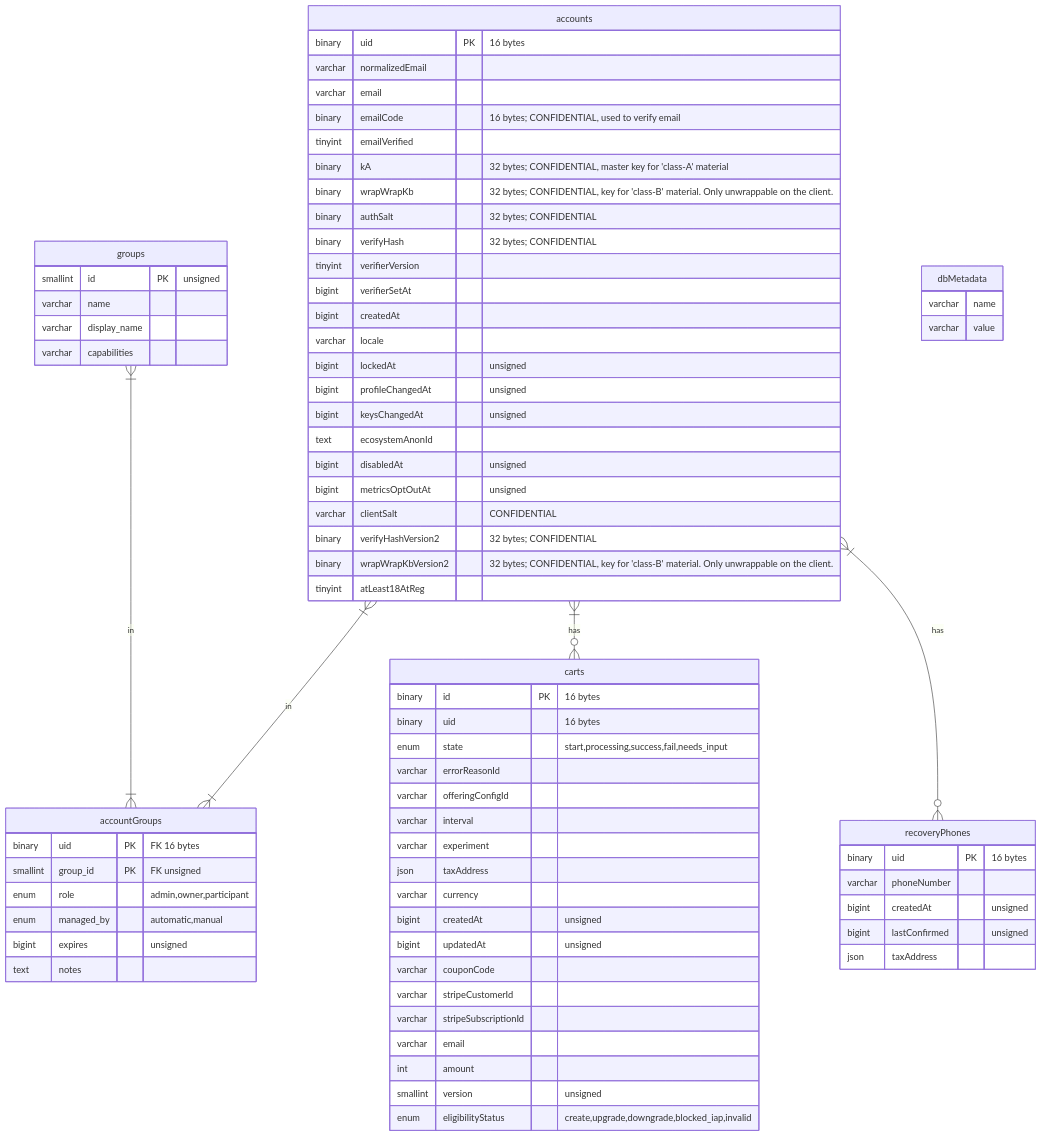
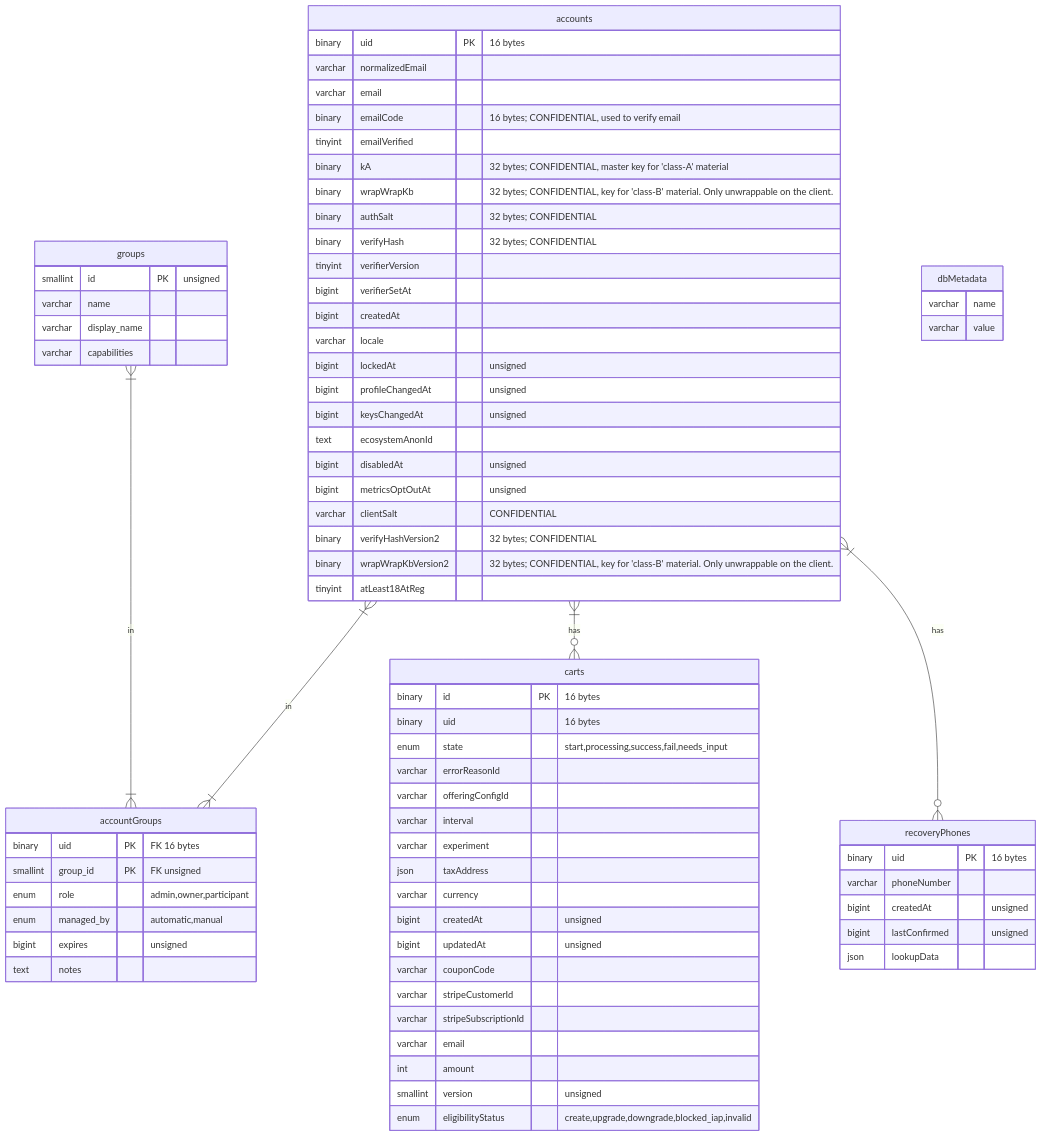
Before and after one commit to mozilla/ecosystem-platform: the second of 18 diagrams in docs/reference/database-structure.md, drawn with Mermaid.

````diff
--- a/docs/reference/database-structure.md
+++ b/docs/reference/database-structure.md
@@ -44,77 +44,77 @@
 ```mermaid
 erDiagram
     accounts {
         binary uid PK "16 bytes"
         varchar normalizedEmail
         varchar email
         binary emailCode "16 bytes; CONFIDENTIAL, used to verify email"
         tinyint emailVerified
         binary kA "32 bytes; CONFIDENTIAL, master key for 'class-A' material"
         binary wrapWrapKb "32 bytes; CONFIDENTIAL, key for 'class-B' material. Only unwrappable on the client."
         binary authSalt "32 bytes; CONFIDENTIAL"
         binary verifyHash "32 bytes; CONFIDENTIAL"
         tinyint verifierVersion
         bigint verifierSetAt
         bigint createdAt
         varchar locale
         bigint lockedAt "unsigned"
         bigint profileChangedAt "unsigned"
         bigint keysChangedAt "unsigned"
         text ecosystemAnonId
         bigint disabledAt "unsigned"
         bigint metricsOptOutAt "unsigned"
         varchar clientSalt "CONFIDENTIAL"
         binary verifyHashVersion2 "32 bytes; CONFIDENTIAL"
         binary wrapWrapKbVersion2 "32 bytes; CONFIDENTIAL, key for 'class-B' material. Only unwrappable on the client."
         tinyint atLeast18AtReg
     }
     accounts }|--|{ accountGroups: in
     groups }|--|{ accountGroups: in
     accountGroups {
         binary uid PK "FK 16 bytes"
         smallint group_id PK "FK unsigned"
         enum role "admin,owner,participant"
         enum managed_by "automatic,manual"
         bigint expires "unsigned"
         text notes
     }
     accounts }|--o{ carts: has
     carts {
         binary id PK "16 bytes"
         binary uid "16 bytes"
         enum state "start,processing,success,fail,needs_input"
         varchar errorReasonId
         varchar offeringConfigId
         varchar interval
         varchar experiment
         json taxAddress
         varchar currency
         bigint createdAt "unsigned"
         bigint updatedAt "unsigned"
         varchar couponCode
         varchar stripeCustomerId
         varchar stripeSubscriptionId
         varchar email
         int amount
         smallint version "unsigned"
         enum eligibilityStatus "create,upgrade,downgrade,blocked_iap,invalid"
     }
     accounts }|--o{ recoveryPhones: has
     recoveryPhones {
         binary uid PK "16 bytes"
         varchar phoneNumber
         bigint createdAt "unsigned"
         bigint lastConfirmed "unsigned"
-        json taxAddress
+        json lookupData
     }
     dbMetadata {
         varchar name
         varchar value
     }
     groups {
         smallint id PK "unsigned"
         varchar name
         varchar display_name
         varchar capabilities
     }
 ```
````
